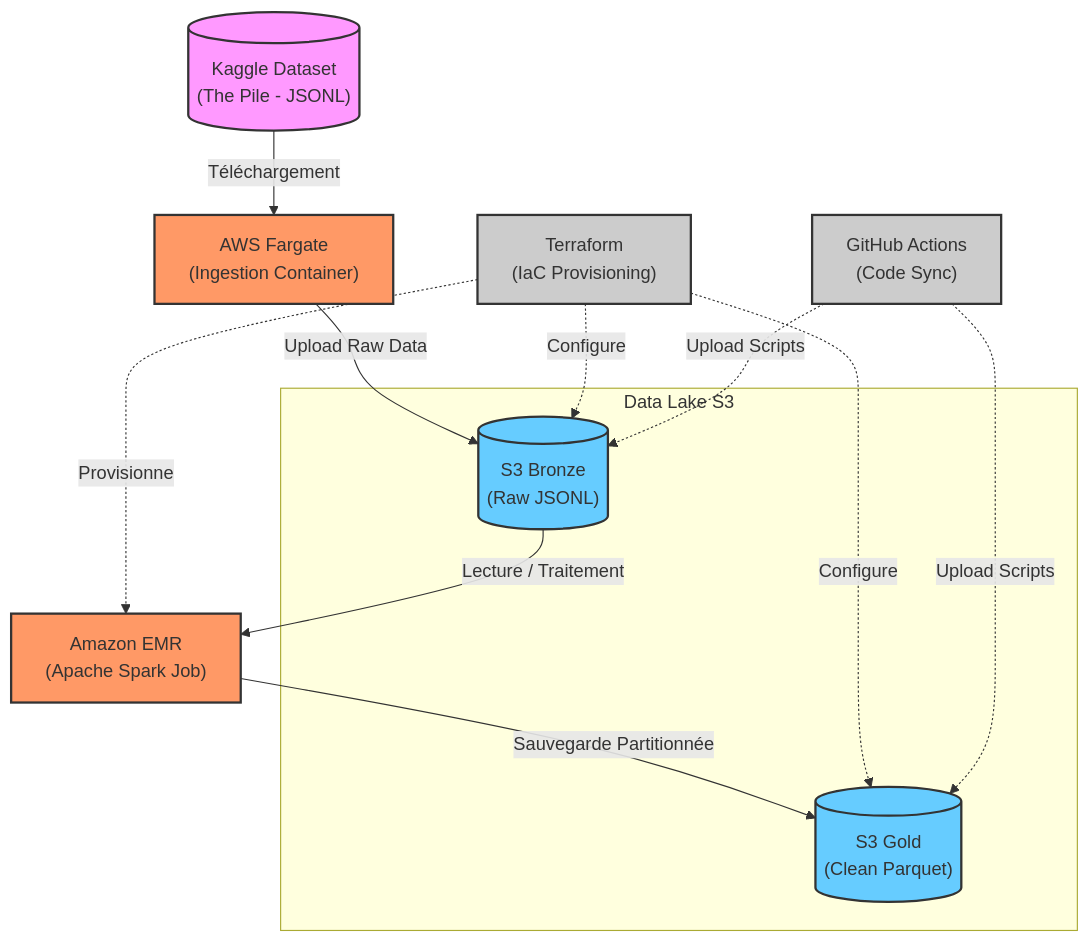
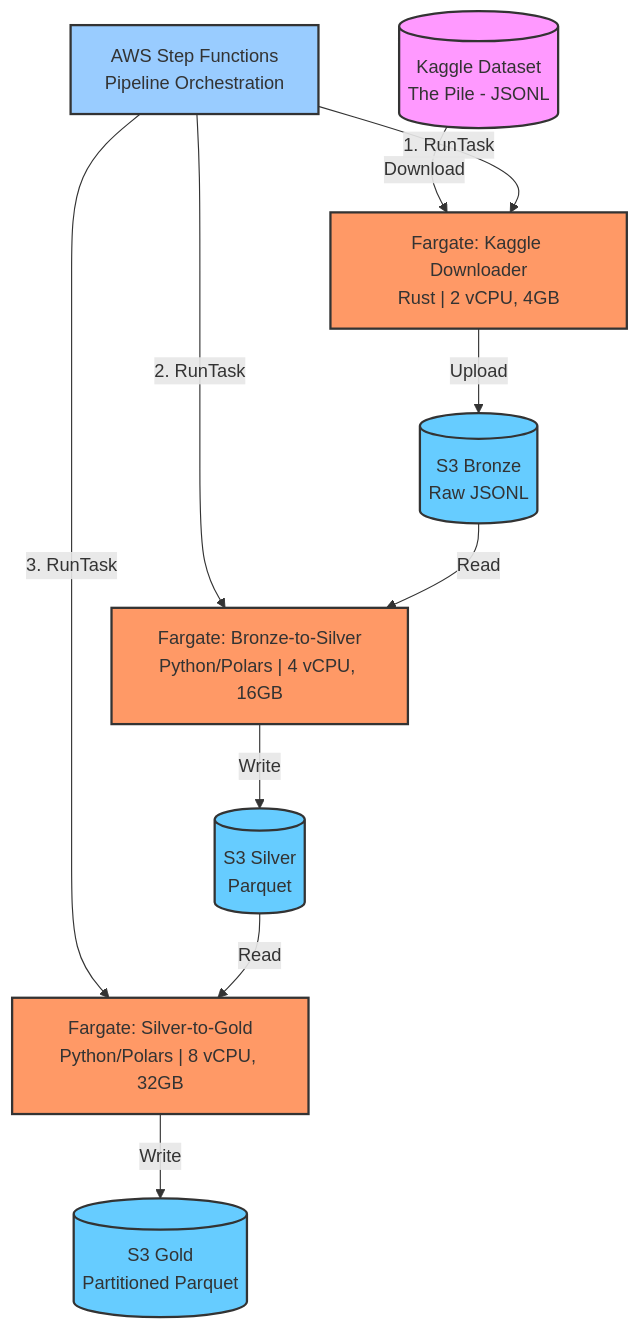
One commit to NJANDOT/BigDataEMR_annihilated_by_Polars_Rust changed the first of 2 diagrams in README.md. Above: the diagram before and after it, drawn with Mermaid. The commit also changed other lines of this file, not shown here.

````diff
--- a/README.md
+++ b/README.md
@@ -19,39 +19,31 @@
 ```mermaid
-graph TD
+graph TB
     classDef source fill:#f9f,stroke:#333,stroke-width:2px;
     classDef compute fill:#f96,stroke:#333,stroke-width:2px;
     classDef storage fill:#6cf,stroke:#333,stroke-width:2px;
-    classDef config fill:#ccc,stroke:#333,stroke-width:2px;
+    classDef orchestration fill:#9cf,stroke:#333,stroke-width:2px;
 
-    %% Data Source
-    Kaggle[("Kaggle Dataset<br>(The Pile - JSONL)")]:::source
-
-    %% Ingestion
-    Fargate["AWS Fargate<br>(Ingestion Container)"]:::compute
-
-    %% Storage
-    subgraph Data Lake S3
-        S3Bronze[("S3 Bronze<br>(Raw JSONL)")]:::storage
-        S3Gold[("S3 Gold<br>(Clean Parquet)")]:::storage
-    end
-
-    %% Processing
-    EMR["Amazon EMR<br>(Apache Spark Job)"]:::compute
-
-    %% IaC & Code
-    TF["Terraform<br>(IaC Provisioning)"]:::config
-    GH["GitHub Actions<br>(Code Sync)"]:::config
-
-    %% Data Flow
-    Kaggle -->|Téléchargement| Fargate
-    Fargate -->|Upload Raw Data| S3Bronze
-    S3Bronze -->|Lecture / Traitement| EMR
-    EMR -->|Sauvegarde Partitionnée| S3Gold
-
-    %% Infra Flow
-    TF -.->|Provisionne| EMR
-    TF -.->|Configure| S3Bronze
-    TF -.->|Configure| S3Gold
-    GH -.->|Upload Scripts| S3Bronze
-    GH -.->|Upload Scripts| S3Gold
+    Kaggle[("Kaggle Dataset<br>The Pile - JSONL")]:::source
+    
+    SF["AWS Step Functions<br>Pipeline Orchestration"]:::orchestration
+    
+    K["Fargate: Kaggle Downloader<br>Rust | 2 vCPU, 4GB"]:::compute
+    B["Fargate: Bronze-to-Silver<br>Python/Polars | 4 vCPU, 16GB"]:::compute
+    S["Fargate: Silver-to-Gold<br>Python/Polars | 8 vCPU, 32GB"]:::compute
+    
+    Bronze[("S3 Bronze<br>Raw JSONL")]:::storage
+    Silver[("S3 Silver<br>Parquet")]:::storage
+    Gold[("S3 Gold<br>Partitioned Parquet")]:::storage
+    
+    Kaggle -->|Download| K
+    SF -->|1. RunTask| K
+    K -->|Upload| Bronze
+    
+    SF -->|2. RunTask| B
+    Bronze -->|Read| B
+    B -->|Write| Silver
+    
+    SF -->|3. RunTask| S
+    Silver -->|Read| S
+    S -->|Write| Gold
 ```
````
